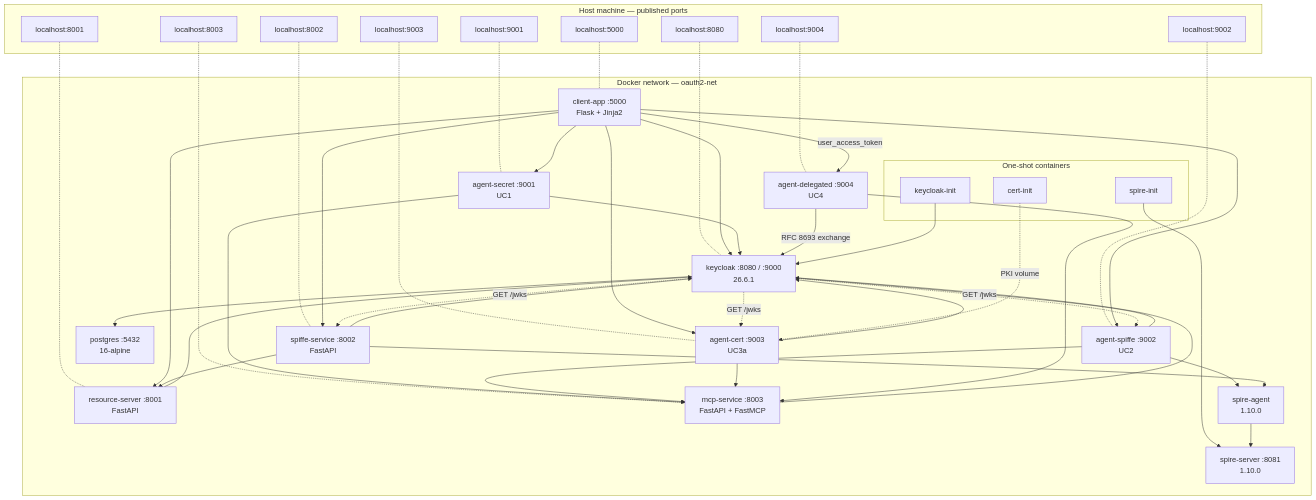
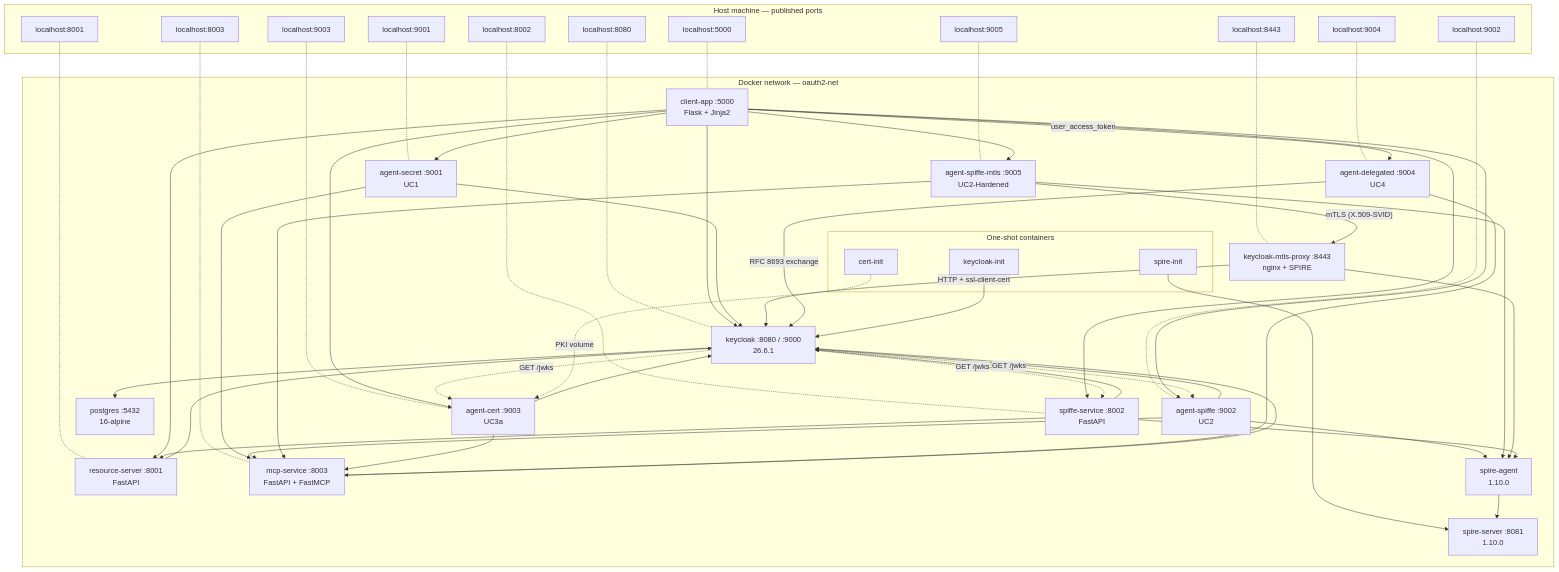
One commit to sebf92/oauth2tests changed the diagram in docs/PROJECT-ARCHITECTURE.md. Above: the diagram before and after it, drawn with Mermaid. The commit also changed other lines of this file and 18 other files, not shown here.

Commit message:
Add new agent for SPIFFE mTLS authentication, along with a Keycloak mTLS proxy and related documentation. This commit includes the following changes:

```diff
--- a/docs/PROJECT-ARCHITECTURE.md
+++ b/docs/PROJECT-ARCHITECTURE.md
@@ -16,10 +16,12 @@
         H8002["localhost:8002"]
         H8003["localhost:8003"]
         H8080["localhost:8080"]
+        H8443["localhost:8443"]
         H9001["localhost:9001"]
         H9002["localhost:9002"]
         H9003["localhost:9003"]
         H9004["localhost:9004"]
+        H9005["localhost:9005"]
     end
 
     subgraph Net["Docker network — oauth2-net"]
@@ -28,11 +30,13 @@
         SS[spiffe-service :8002<br/>FastAPI]
         MCP[mcp-service :8003<br/>FastAPI + FastMCP]
         KC[keycloak :8080 / :9000<br/>26.6.1]
+        MP[keycloak-mtls-proxy :8443<br/>nginx + SPIRE]
         PG[postgres :5432<br/>16-alpine]
         SV[spire-server :8081<br/>1.10.0]
         SA[spire-agent<br/>1.10.0]
         AS[agent-secret :9001<br/>UC1]
         AP[agent-spiffe :9002<br/>UC2]
+        APM[agent-spiffe-mtls :9005<br/>UC2-Hardened]
         AC[agent-cert :9003<br/>UC3a]
         AD[agent-delegated :9004<br/>UC4]
 
@@ -48,16 +52,19 @@
     H8002 -.- SS
     H8003 -.- MCP
     H8080 -.- KC
+    H8443 -.- MP
     H9001 -.- AS
     H9002 -.- AP
     H9003 -.- AC
     H9004 -.- AD
+    H9005 -.- APM
 
     CA --> KC
     CA --> RS
     CA --> SS
     CA --> AS
     CA --> AP
+    CA --> APM
     CA --> AC
     CA -- "user_access_token" --> AD
 
@@ -70,6 +77,11 @@
     AP --> KC
     AP --> MCP
     AP --> SA
+    APM -- "mTLS (X.509-SVID)" --> MP
+    MP -- "HTTP + ssl-client-cert" --> KC
+    APM --> MCP
+    APM --> SA
+    MP --> SA
     AC --> KC
     AC --> MCP
     AD -- "RFC 8693 exchange" --> KC
```
